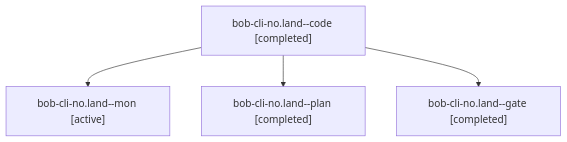
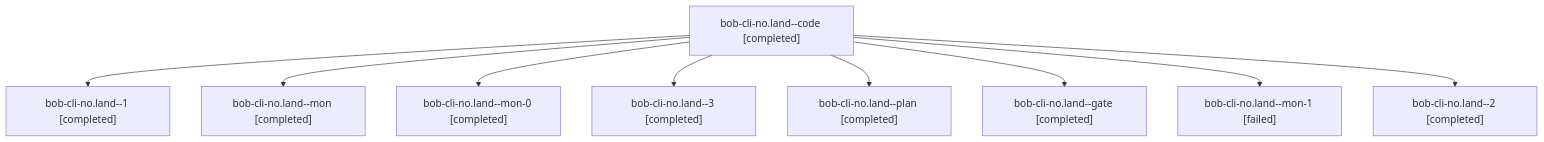
Before and after one commit to bobs-org/bob-cli--agents: the diagram in sessions/bbugyi200.apollo.bob-cli-no.land.md, drawn with Mermaid. The commit also changed other lines of this file and 48 other files, not shown here.

````diff
--- a/sessions/bbugyi200.apollo.bob-cli-no.land.md
+++ b/sessions/bbugyi200.apollo.bob-cli-no.land.md
@@ -9,10 +9,20 @@
 ```mermaid
 flowchart TD
   n0["bob-cli-no.land--code [completed]"]
-  n1["bob-cli-no.land--mon [active]"]
+  n1["bob-cli-no.land--1 [completed]"]
   n0 --> n1
-  n2["bob-cli-no.land--plan [completed]"]
+  n2["bob-cli-no.land--mon [completed]"]
   n0 --> n2
-  n3["bob-cli-no.land--gate [completed]"]
+  n3["bob-cli-no.land--mon-0 [completed]"]
   n0 --> n3
+  n4["bob-cli-no.land--3 [completed]"]
+  n0 --> n4
+  n5["bob-cli-no.land--plan [completed]"]
+  n0 --> n5
+  n6["bob-cli-no.land--gate [completed]"]
+  n0 --> n6
+  n7["bob-cli-no.land--mon-1 [failed]"]
+  n0 --> n7
+  n8["bob-cli-no.land--2 [completed]"]
+  n0 --> n8
 ```
````
